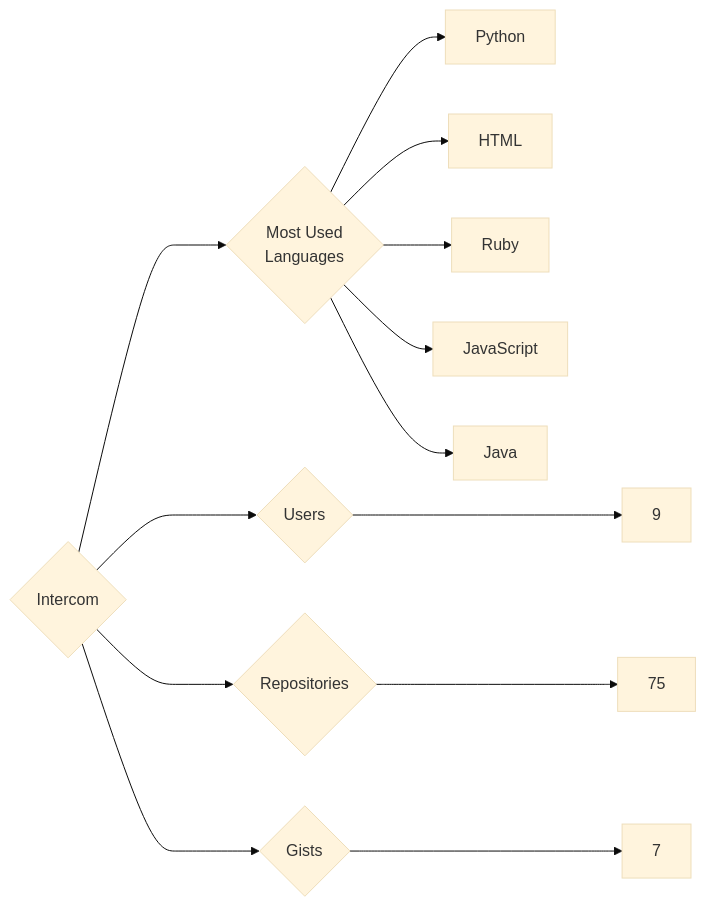
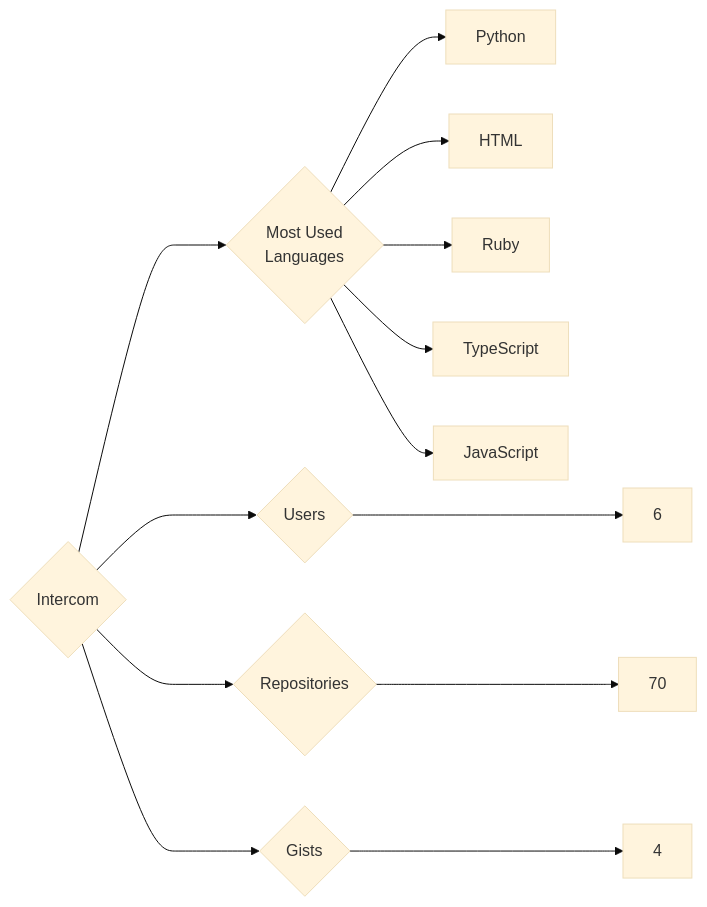
One commit to trickest/insiders changed the diagram in targets/Intercom/README.md. Above: the diagram before and after it, drawn with Mermaid (base theme). The commit also changed 988 other files, not shown here.

````diff
--- a/targets/Intercom/README.md
+++ b/targets/Intercom/README.md
@@ -3,13 +3,13 @@
 ```mermaid
 graph LR
 COMPANY_NAME{Intercom}
-COMPANY_NAME ---> U{Users} ---> UN[9]
-COMPANY_NAME ---> R{Repositories} ---> RN[75]
-COMPANY_NAME ---> G{Gists} ---> GN[7]
+COMPANY_NAME ---> U{Users} ---> UN[6]
+COMPANY_NAME ---> R{Repositories} ---> RN[70]
+COMPANY_NAME ---> G{Gists} ---> GN[4]
 COMPANY_NAME ---> ML{Most Used<br>Languages}
 ML --> Python[Python]
 ML --> HTML[HTML]
 ML --> Ruby[Ruby]
+ML --> TypeScript[TypeScript]
 ML --> JavaScript[JavaScript]
-ML --> Java[Java]
 ```
````
